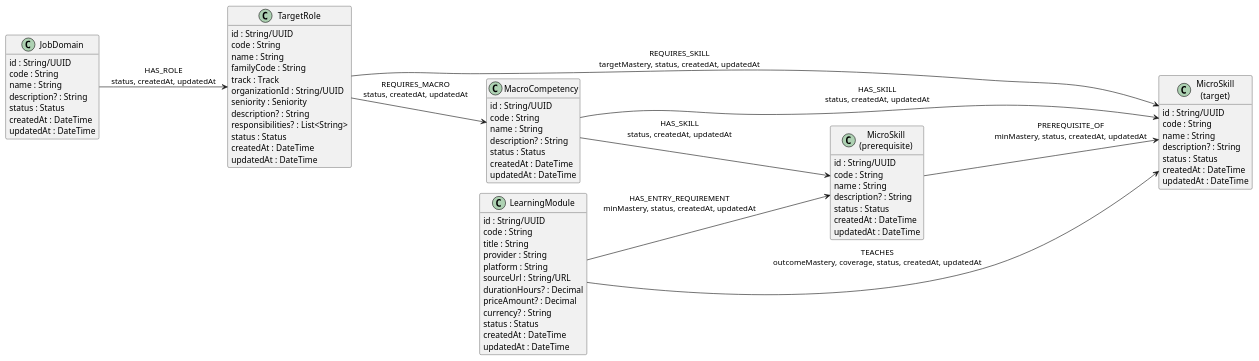
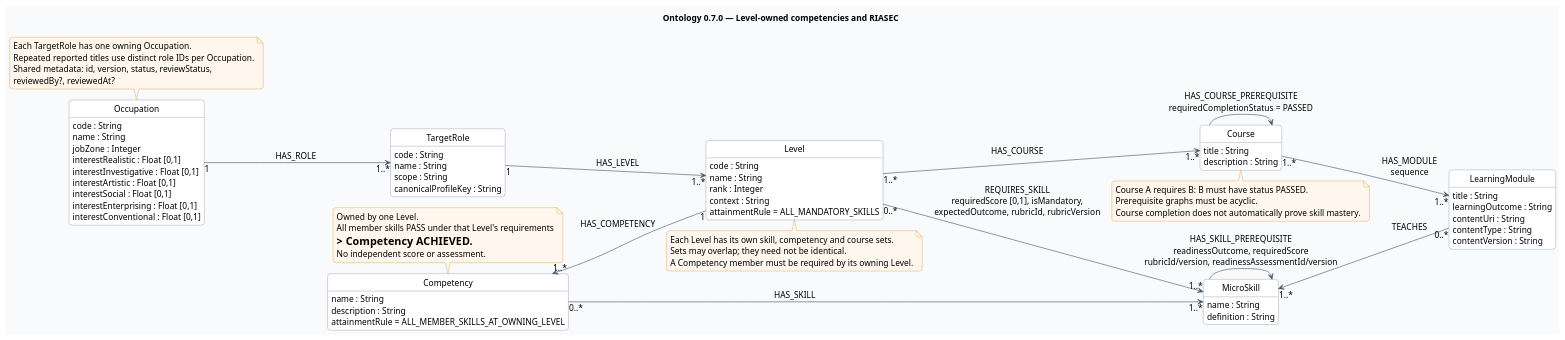
One commit to SEP490-Fall-2026-GFA26SE64/SEP490 changed the diagram in documents/diagrams/neo4j.puml. Above: the diagram before and after it, drawn with PlantUML. The commit also changed 215 other files, not shown here.

```diff
--- a/documents/diagrams/neo4j.puml
+++ b/documents/diagrams/neo4j.puml
@@ -1,80 +1,94 @@
 @startuml
 !pragma layout smetana
 left to right direction
 hide empty members
+hide circle
 skinparam shadowing false
-
-class "JobDomain" as Domain {
-	id : String/UUID
-	code : String
-	name : String
-	description? : String
-	status : Status
-	createdAt : DateTime
-	updatedAt : DateTime
+skinparam roundcorner 10
+skinparam classAttributeIconSize 0
+skinparam backgroundColor #F8FAFC
+skinparam classBackgroundColor #FFFFFF
+skinparam classBorderColor #64748B
+skinparam ArrowColor #475569
+skinparam noteBackgroundColor #FFF7ED
+skinparam noteBorderColor #D97706
+skinparam defaultFontName Arial
+skinparam defaultFontSize 14
+title Ontology 0.7.0 — Level-owned competencies and RIASEC
+class Occupation {
+ code : String
+ name : String
+ jobZone : Integer
+ interestRealistic : Float [0,1]
+ interestInvestigative : Float [0,1]
+ interestArtistic : Float [0,1]
+ interestSocial : Float [0,1]
+ interestEnterprising : Float [0,1]
+ interestConventional : Float [0,1]
 }
-class "TargetRole" as Role {
-	id : String/UUID
-	code : String
-	name : String
-	familyCode : String
-	track : Track
-	organizationId : String/UUID
-	seniority : Seniority
-	description? : String
-	responsibilities? : List<String>
-	status : Status
-	createdAt : DateTime
-	updatedAt : DateTime
+class TargetRole {
+ code : String
+ name : String
+ scope : String
+ canonicalProfileKey : String
 }
-class "MacroCompetency" as Macro {
-	id : String/UUID
-	code : String
-	name : String
-	description? : String
-	status : Status
-	createdAt : DateTime
-	updatedAt : DateTime
+class Level {
+ code : String
+ name : String
+ rank : Integer
+ context : String
+ attainmentRule = ALL_MANDATORY_SKILLS
 }
-class "MicroSkill\n(prerequisite)" as Foundation {
-	id : String/UUID
-	code : String
-	name : String
-	description? : String
-	status : Status
-	createdAt : DateTime
-	updatedAt : DateTime
+class Competency {
+ name : String
+ description : String
+ attainmentRule = ALL_MEMBER_SKILLS_AT_OWNING_LEVEL
 }
-class "MicroSkill\n(target)" as Destination {
-	id : String/UUID
-	code : String
-	name : String
-	description? : String
-	status : Status
-	createdAt : DateTime
-	updatedAt : DateTime
+class MicroSkill {
+ name : String
+ definition : String
 }
-class "LearningModule" as Module {
-	id : String/UUID
-	code : String
-	title : String
-	provider : String
-	platform : String
-	sourceUrl : String/URL
-	durationHours? : Decimal
-	priceAmount? : Decimal
-	currency? : String
-	status : Status
-	createdAt : DateTime
-	updatedAt : DateTime
+class Course {
+ title : String
+ description : String
 }
-
-Domain --> Role : HAS_ROLE\nstatus, createdAt, updatedAt
-Role --> Macro : REQUIRES_MACRO\nstatus, createdAt, updatedAt
-Macro --> Foundation : HAS_SKILL\nstatus, createdAt, updatedAt
-Macro --> Destination : HAS_SKILL\nstatus, createdAt, updatedAt
-Role --> Destination : REQUIRES_SKILL\ntargetMastery, status, createdAt, updatedAt
-Foundation --> Destination : PREREQUISITE_OF\nminMastery, status, createdAt, updatedAt
-Module --> Destination : TEACHES\noutcomeMastery, coverage, status, createdAt, updatedAt
-Module --> Foundation : HAS_ENTRY_REQUIREMENT\nminMastery, status, createdAt, updatedAt
+class LearningModule {
+ title : String
+ learningOutcome : String
+ contentUri : String
+ contentType : String
+ contentVersion : String
+}
+Occupation "1" --> "1..*" TargetRole : HAS_ROLE
+TargetRole "1" --> "1..*" Level : HAS_LEVEL
+Level "1" -up-> "1..*" Competency : HAS_COMPETENCY
+Competency "0..*" --> "1..*" MicroSkill : HAS_SKILL
+Level "0..*" --> "1..*" MicroSkill : REQUIRES_SKILL\nrequiredScore [0,1], isMandatory,\nexpectedOutcome, rubricId, rubricVersion
+Level "1..*" -down-> "1..*" Course : HAS_COURSE
+Course "1..*" --> "1..*" LearningModule : HAS_MODULE\nsequence
+LearningModule "0..*" -up-> "1..*" MicroSkill : TEACHES
+Course --> Course : HAS_COURSE_PREREQUISITE\nrequiredCompletionStatus = PASSED
+MicroSkill --> MicroSkill : HAS_SKILL_PREREQUISITE\nreadinessOutcome, requiredScore\nrubricId/version, readinessAssessmentId/version
+note top of Competency
+Owned by one Level.
+All member skills PASS under that Level's requirements
+=> Competency ACHIEVED.
+No independent score or assessment.
+end note
+note bottom of Level
+Each Level has its own skill, competency and course sets.
+Sets may overlap; they need not be identical.
+A Competency member must be required by its owning Level.
+end note
+note bottom of Course
+Course A requires B: B must have status PASSED.
+Prerequisite graphs must be acyclic.
+Course completion does not automatically prove skill mastery.
+end note
+note top of Occupation
+Each TargetRole has one owning Occupation.
+Repeated reported titles use distinct role IDs per Occupation.
+Shared metadata: id, version, status, reviewStatus,
+reviewedBy?, reviewedAt?
+end note
 @enduml
```
